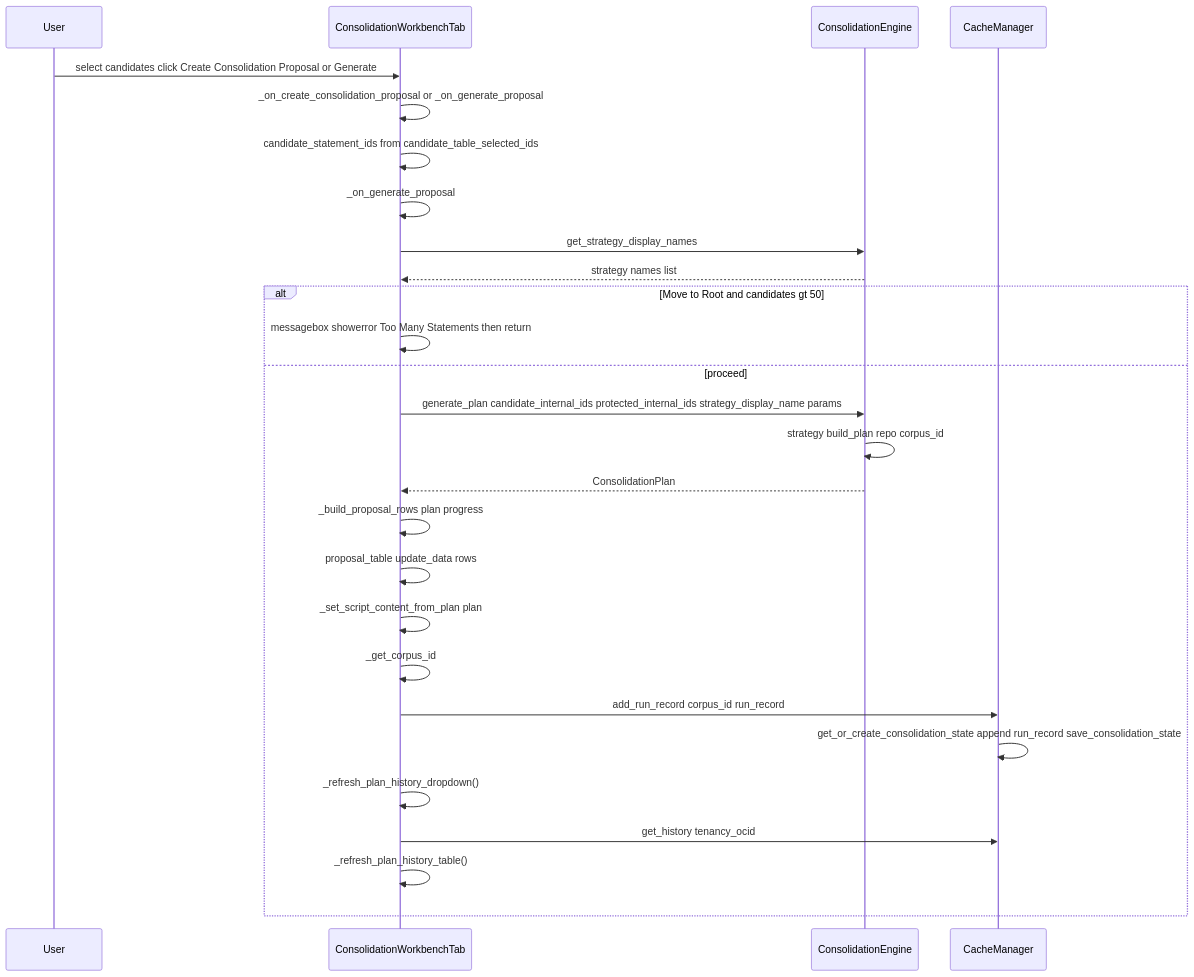
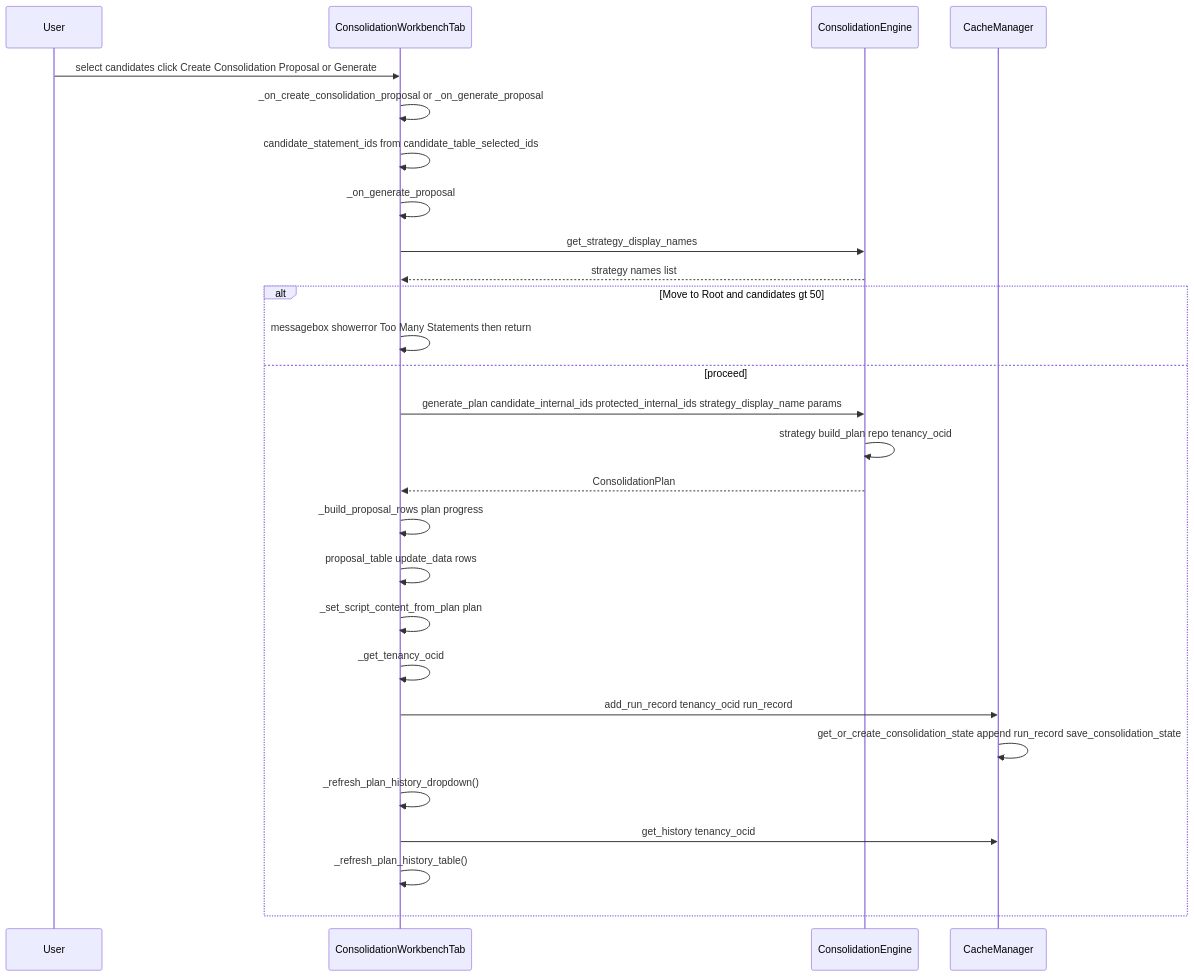
The eighth of 10 diagrams in docs/context/project/CONTEXT_policy_consolidation.md (agregory999/oci-policy-analysis), drawn with Mermaid before and after one commit. The commit also changed other lines of this file and 21 other files, not shown here.

````diff
--- a/docs/context/project/CONTEXT_policy_consolidation.md
+++ b/docs/context/project/CONTEXT_policy_consolidation.md
@@ -323,31 +324,31 @@
 ```mermaid
 sequenceDiagram
     participant User
     participant Workbench as ConsolidationWorkbenchTab
     participant Engine as ConsolidationEngine
     participant Cache as CacheManager
 
     User->>Workbench: select candidates click Create Consolidation Proposal or Generate
     Workbench->>Workbench: _on_create_consolidation_proposal or _on_generate_proposal
     Workbench->>Workbench: candidate_statement_ids from candidate_table_selected_ids
     Workbench->>Workbench: _on_generate_proposal
     Workbench->>Engine: get_strategy_display_names
     Engine-->>Workbench: strategy names list
     alt Move to Root and candidates gt 50
         Workbench->>Workbench: messagebox showerror Too Many Statements then return
     else proceed
         Workbench->>Engine: generate_plan candidate_internal_ids protected_internal_ids strategy_display_name params
-        Engine->>Engine: strategy build_plan repo corpus_id
+        Engine->>Engine: strategy build_plan repo tenancy_ocid
         Engine-->>Workbench: ConsolidationPlan
 
         Workbench->>Workbench: _build_proposal_rows plan progress
         Workbench->>Workbench: proposal_table update_data rows
         Workbench->>Workbench: _set_script_content_from_plan plan
-        Workbench->>Workbench: _get_corpus_id
-        Workbench->>Cache: add_run_record corpus_id run_record
+        Workbench->>Workbench: _get_tenancy_ocid
+        Workbench->>Cache: add_run_record tenancy_ocid run_record
         Cache->>Cache: get_or_create_consolidation_state append run_record save_consolidation_state
         Workbench->>Workbench: _refresh_plan_history_dropdown()
         Workbench->>Cache: get_history tenancy_ocid
         Workbench->>Workbench: _refresh_plan_history_table()
     end
 ```
````
